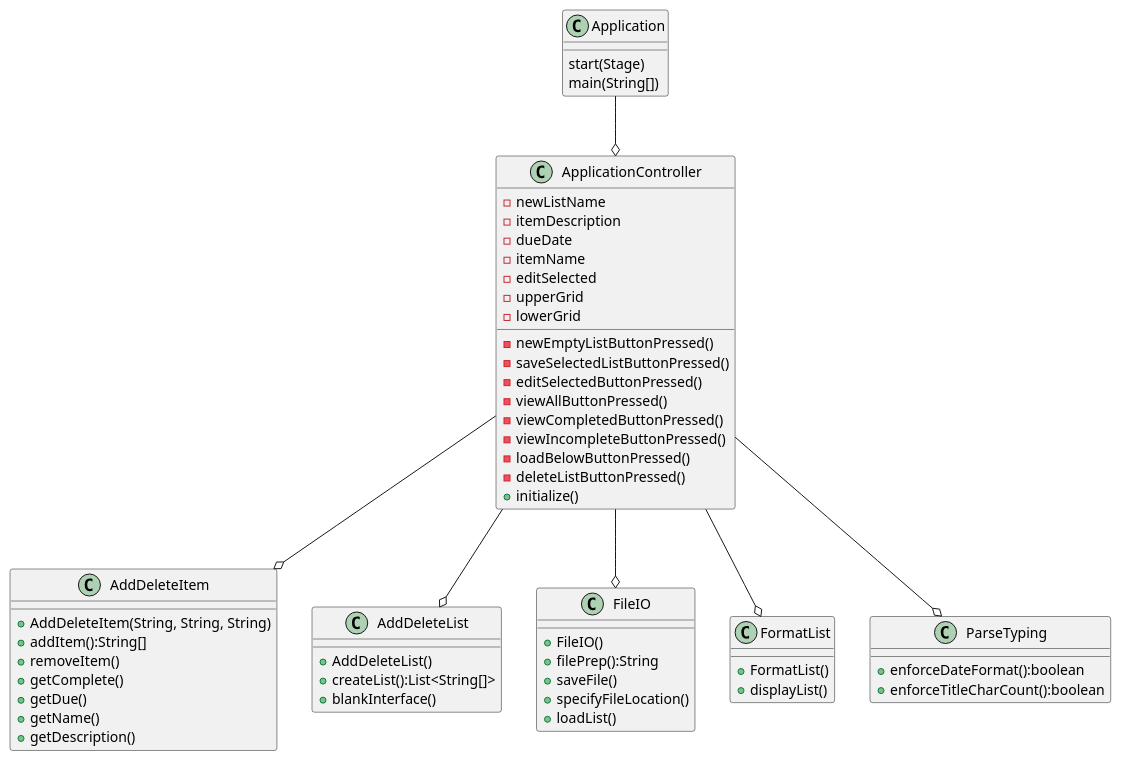
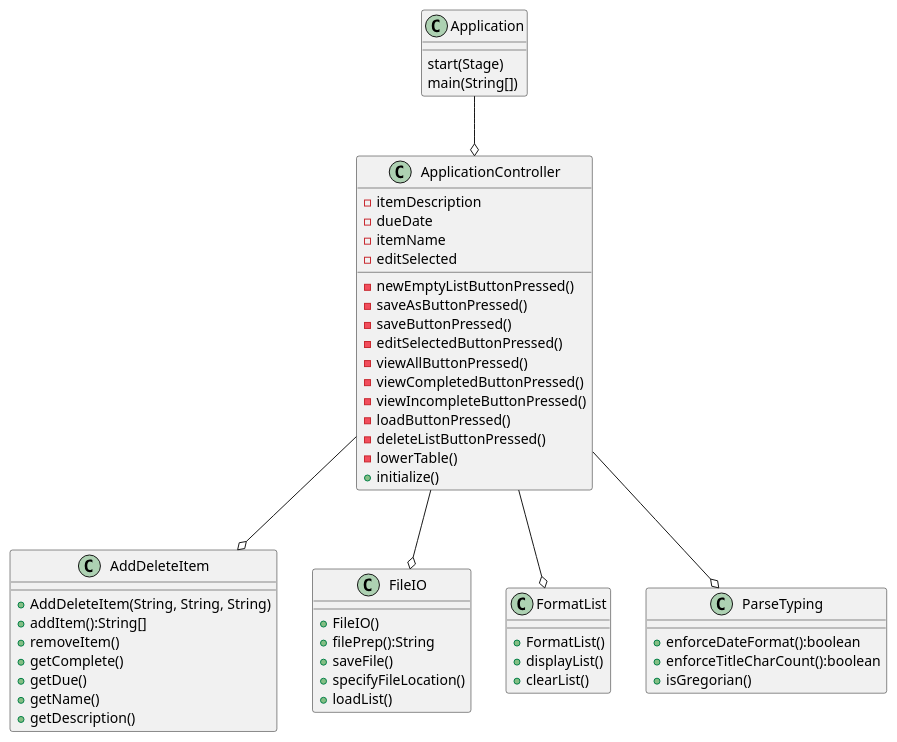
One commit to jad714/davis-app1-impl changed the diagram in application1.2/docs/Application.puml. Above: the diagram before and after it, drawn with PlantUML.

Commit message:
Updated PlantUML diagram to reflect earlier changes

```diff
--- a/application1.2/docs/Application.puml
+++ b/application1.2/docs/Application.puml
@@ -1,73 +1,66 @@
 @startuml
 'https://plantuml.com/sequence-diagram
 class Application{
     start(Stage)
     main(String[])
 }
 
 class ApplicationController{
-    -newListName
     -itemDescription
     -dueDate
     -itemName
     -editSelected
     -newEmptyListButtonPressed()
-    -saveSelectedListButtonPressed()
+    -saveAsButtonPressed()
+    -saveButtonPressed()
     -editSelectedButtonPressed()
     -viewAllButtonPressed()
     -viewCompletedButtonPressed()
     -viewIncompleteButtonPressed()
-    -loadBelowButtonPressed()
+    -loadButtonPressed()
     -deleteListButtonPressed()
-    -upperGrid
-    -lowerGrid
+    -lowerTable()
     +initialize()
 }
 
 Application --o ApplicationController
 
 Class AddDeleteItem{
     +AddDeleteItem(String, String, String)
     +addItem():String[]
     +removeItem()
     +getComplete()
     +getDue()
     +getName()
     +getDescription()
 }
 
 ApplicationController --o AddDeleteItem
 
-Class AddDeleteList{
-    +AddDeleteList()
-    +createList():List<String[]>
-    +blankInterface()
-}
-
-ApplicationController --o AddDeleteList
-
 Class FileIO{
     +FileIO()
     +filePrep():String
     +saveFile()
     +specifyFileLocation()
     +loadList()
 }
 
 ApplicationController --o FileIO
 
 Class FormatList{
     +FormatList()
     +displayList()
+    +clearList()
 }
 
 ApplicationController --o FormatList
 
 Class ParseTyping{
     +enforceDateFormat():boolean
     +enforceTitleCharCount():boolean
+    +isGregorian()
 }
 
 ApplicationController --o ParseTyping
 
 @enduml
```
